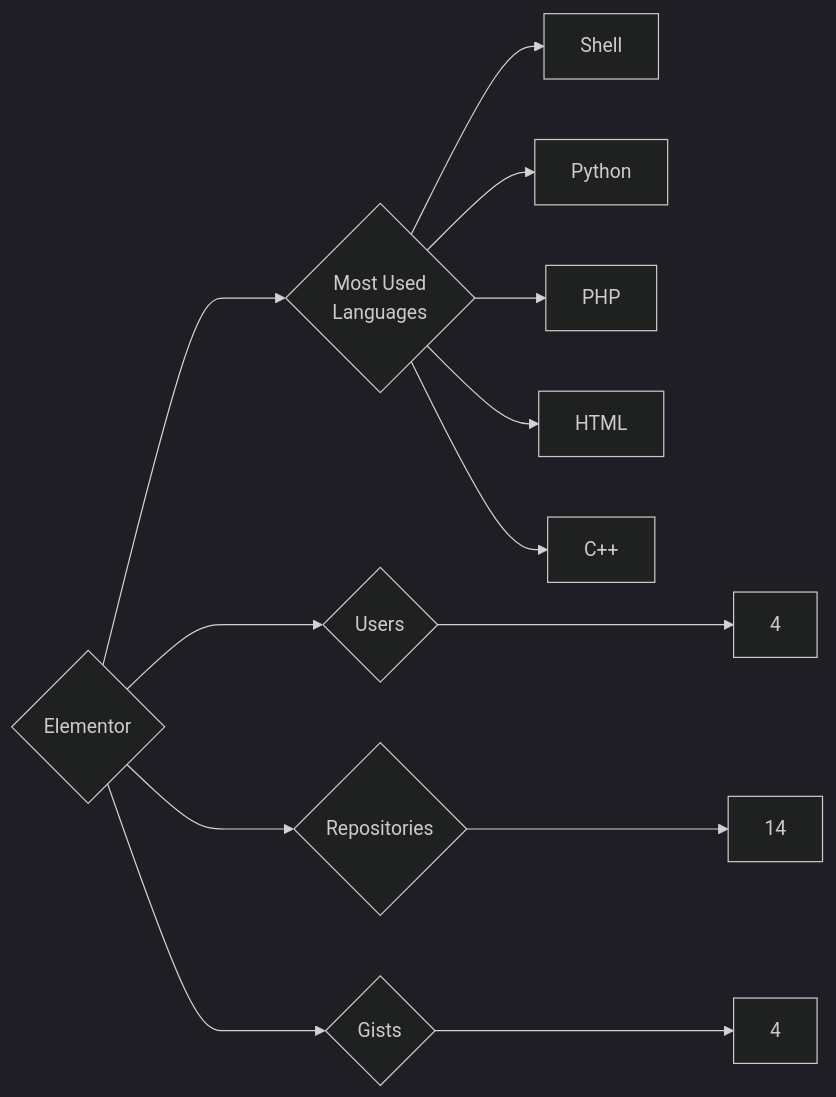
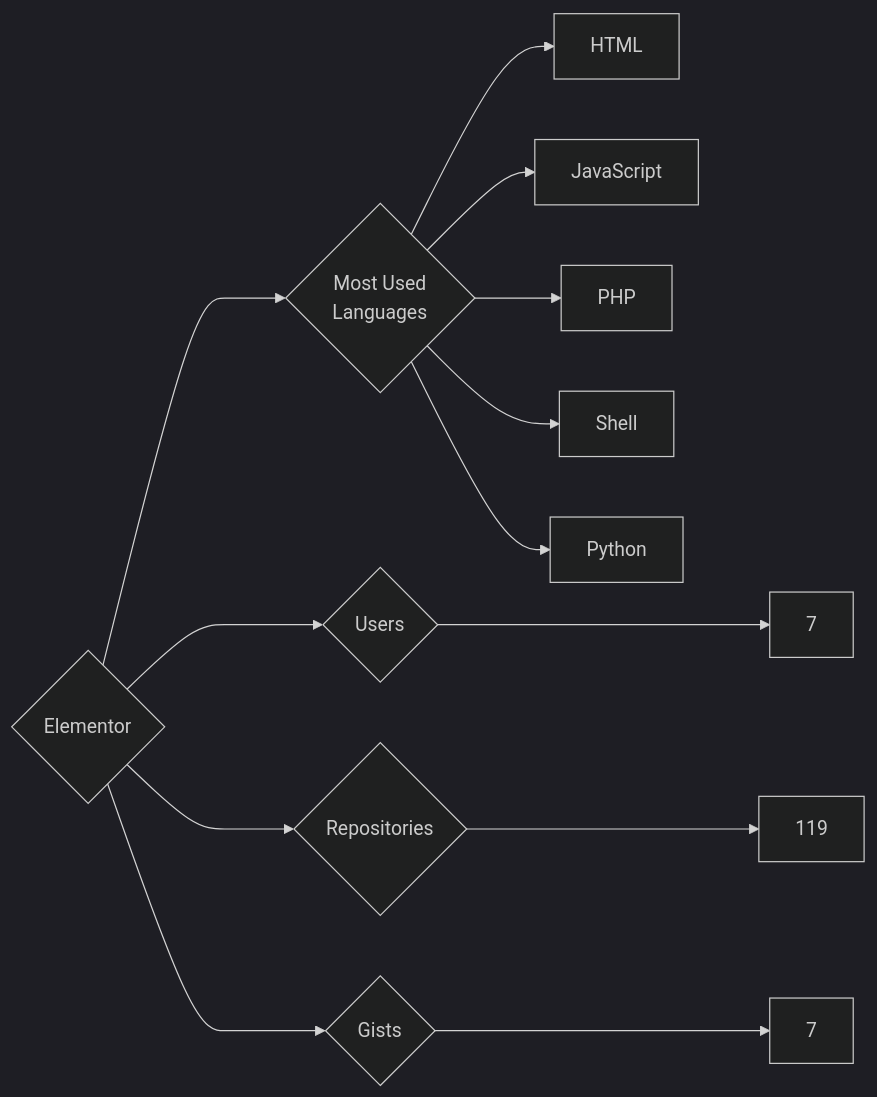
Before and after one commit to trickest/insiders: the diagram in targets/Elementor/README.md, drawn with Mermaid (dark theme). The commit also changed 1120 other files, not shown here.

````diff
--- a/targets/Elementor/README.md
+++ b/targets/Elementor/README.md
@@ -3,13 +3,13 @@
 ```mermaid
 graph LR
 COMPANY_NAME{Elementor}
-COMPANY_NAME ---> U{Users} ---> UN[4]
-COMPANY_NAME ---> R{Repositories} ---> RN[14]
-COMPANY_NAME ---> G{Gists} ---> GN[4]
+COMPANY_NAME ---> U{Users} ---> UN[7]
+COMPANY_NAME ---> R{Repositories} ---> RN[119]
+COMPANY_NAME ---> G{Gists} ---> GN[7]
 COMPANY_NAME ---> ML{Most Used<br>Languages}
+ML --> HTML[HTML]
+ML --> JavaScript[JavaScript]
+ML --> PHP[PHP]
 ML --> Shell[Shell]
 ML --> Python[Python]
-ML --> PHP[PHP]
-ML --> HTML[HTML]
-ML --> C++[C++]
 ```
````
